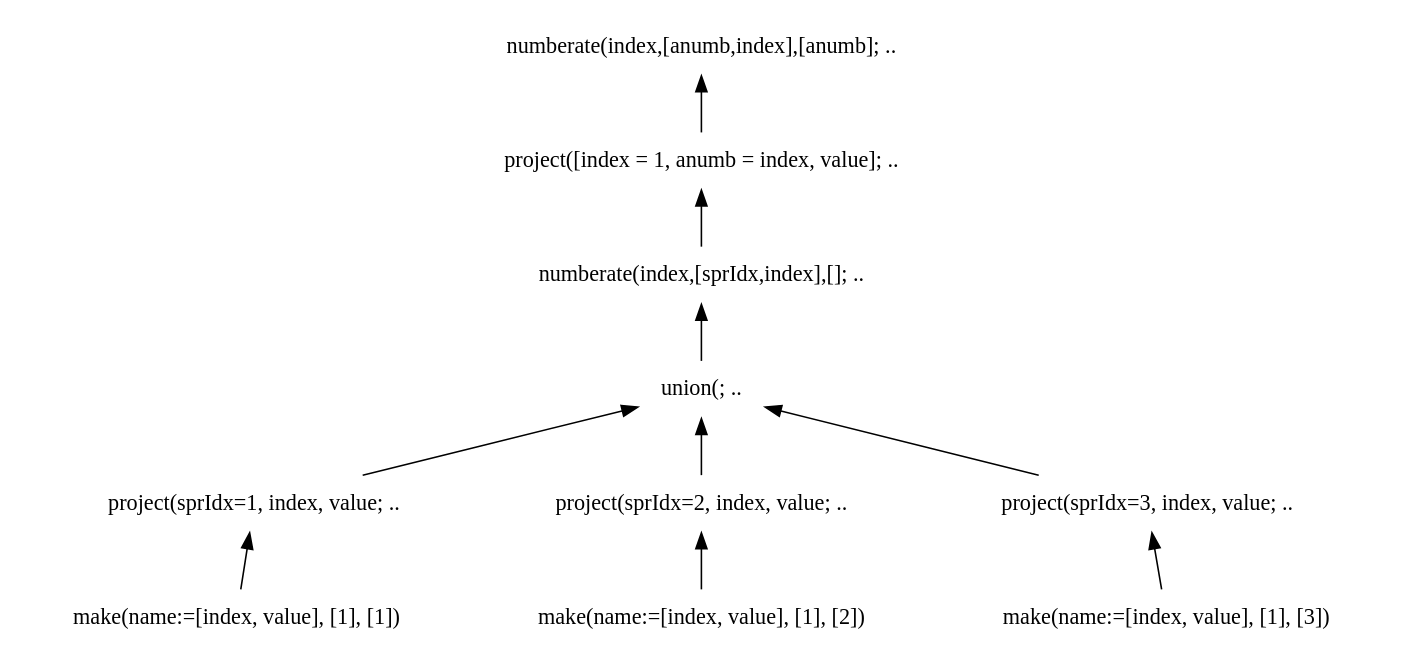
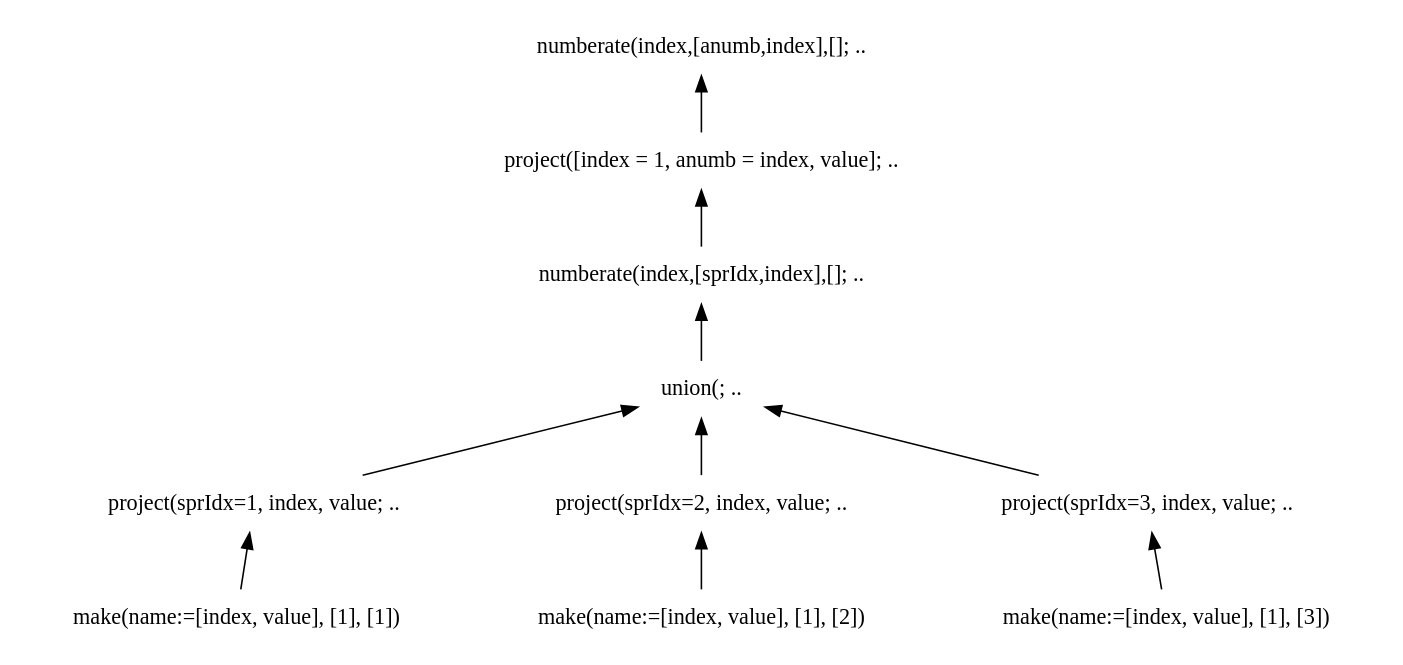
Before and after one commit to andrerav/xqft-parser: the diagram in doc/img/graphs/td_impl_flwor_simple.xq_relalg.dot, drawn with Graphviz. The commit also changed 33 other files, not shown here.

```diff
--- a/doc/img/graphs/td_impl_flwor_simple.xq_relalg.dot
+++ b/doc/img/graphs/td_impl_flwor_simple.xq_relalg.dot
@@ -1,24 +1,24 @@
 digraph AST {
 edge [color=black, dir=both, weight=1, fontcolor=black, arrowhead=none, arrowtail=normal]
 node [shape=plaintext]
-numberate1 [label="numberate(index,[anumb,index],[anumb]; .."]
+numberate1 [label="numberate(index,[anumb,index],[]; .."]
   numberate1 -> project2
 project2 [label="project([index = 1, anumb = index, value]; .."]
     project2 -> numberate3
 numberate3 [label="numberate(index,[sprIdx,index],[]; .."]
       numberate3 -> union4
 union4 [label="union(; .."]
         union4 -> project5
 project5 [label="project(sprIdx=1, index, value; .."]
           project5 -> make6
 make6 [label="make(name:=[index, value], [1], [1])"]
           union4 -> project7
 project7 [label="project(sprIdx=2, index, value; .."]
             project7 -> make8
 make8 [label="make(name:=[index, value], [1], [2])"]
             union4 -> project9
 project9 [label="project(sprIdx=3, index, value; .."]
               project9 -> make10
 make10 [label="make(name:=[index, value], [1], [3])"]
 
 }
```
